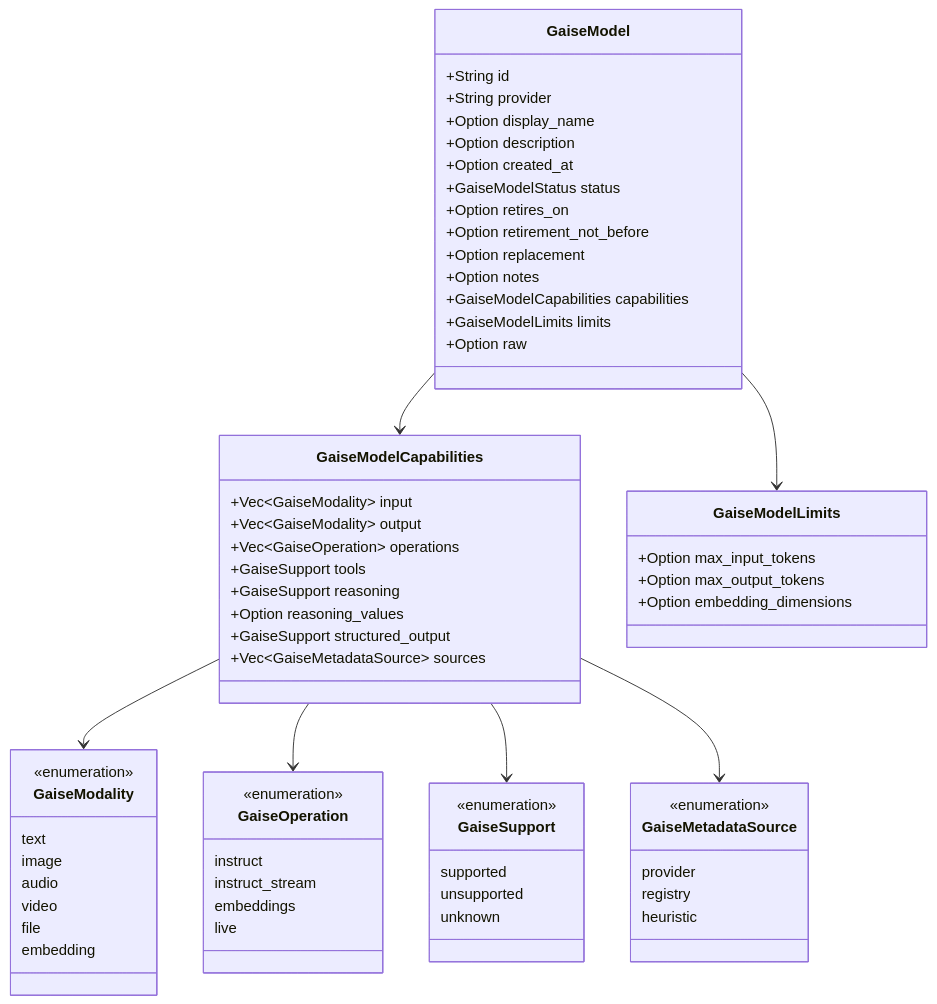
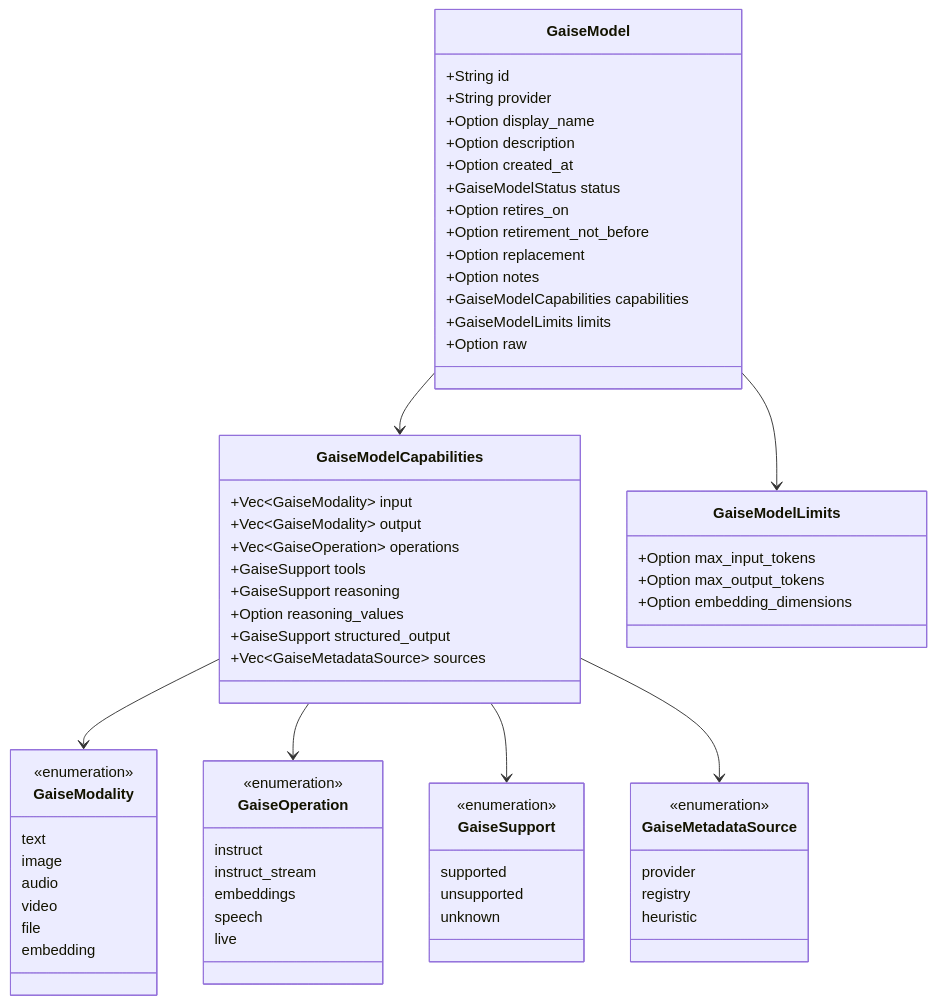
Before and after one commit to ikcore/gaise: the diagram in wiki/capabilities.md, drawn with Mermaid. The commit also changed other lines of this file and 66 other files, not shown here.

````diff
--- a/wiki/capabilities.md
+++ b/wiki/capabilities.md
@@ -171,67 +193,68 @@
 ```mermaid
 classDiagram
     class GaiseModel {
         +String id
         +String provider
         +Option display_name
         +Option description
         +Option created_at
         +GaiseModelStatus status
         +Option retires_on
         +Option retirement_not_before
         +Option replacement
         +Option notes
         +GaiseModelCapabilities capabilities
         +GaiseModelLimits limits
         +Option raw
     }
     class GaiseModelCapabilities {
         +Vec~GaiseModality~ input
         +Vec~GaiseModality~ output
         +Vec~GaiseOperation~ operations
         +GaiseSupport tools
         +GaiseSupport reasoning
         +Option reasoning_values
         +GaiseSupport structured_output
         +Vec~GaiseMetadataSource~ sources
     }
     class GaiseModelLimits {
         +Option max_input_tokens
         +Option max_output_tokens
         +Option embedding_dimensions
     }
     class GaiseModality {
         <<enumeration>>
         text
         image
         audio
         video
         file
         embedding
     }
     class GaiseOperation {
         <<enumeration>>
         instruct
         instruct_stream
         embeddings
+        speech
         live
     }
     class GaiseSupport {
         <<enumeration>>
         supported
         unsupported
         unknown
     }
     class GaiseMetadataSource {
         <<enumeration>>
         provider
         registry
         heuristic
     }
     GaiseModel --> GaiseModelCapabilities
     GaiseModel --> GaiseModelLimits
     GaiseModelCapabilities --> GaiseModality
     GaiseModelCapabilities --> GaiseOperation
     GaiseModelCapabilities --> GaiseSupport
     GaiseModelCapabilities --> GaiseMetadataSource
 ```
````
